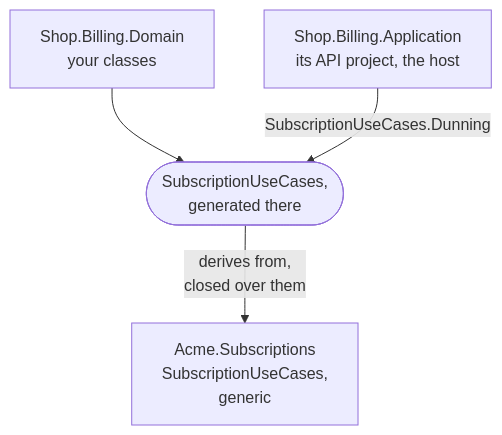
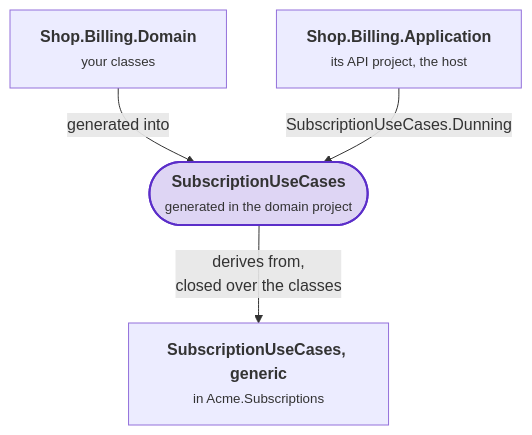
The sixth of 6 diagrams in docs/writing-a-supporting-domain.md (DylanSnel/DDDToolkit), drawn with Mermaid before and after one commit. The commit also changed other lines of this file and 41 other files, not shown here.

First line of the commit message:
Docs: plain prose, one word per concept, and readable diagrams on every page

````diff
--- a/docs/writing-a-supporting-domain.md
+++ b/docs/writing-a-supporting-domain.md
@@ -850,7 +915,12 @@
 ```mermaid
 flowchart TB
-    Package["Acme.Subscriptions<br/>SubscriptionUseCases,<br/>generic"]
-    Domain["Shop.Billing.Domain<br/>your classes"] --> Class(["SubscriptionUseCases,<br/>generated there"])
-    Class -- "derives from,<br/>closed over them" --> Package
-    Application["Shop.Billing.Application<br/>its API project, the host"] -- "SubscriptionUseCases.Dunning" --> Class
+    package["<b>SubscriptionUseCases, generic</b><br/><small>in Acme.Subscriptions</small>"]
+    domain["<b>Shop.Billing.Domain</b><br/><small>your classes</small>"]
+    facade(["<b>SubscriptionUseCases</b><br/><small>generated in the domain project</small>"])
+    application["<b>Shop.Billing.Application</b><br/><small>its API project, the host</small>"]
+    domain -- "generated into" --> facade
+    facade -- "derives from,<br/>closed over the classes" --> package
+    application -- "SubscriptionUseCases.Dunning" --> facade
+    classDef strong fill:#5b2ec933,stroke:#5b2ec9,stroke-width:2px
+    class facade strong
 ```
````
